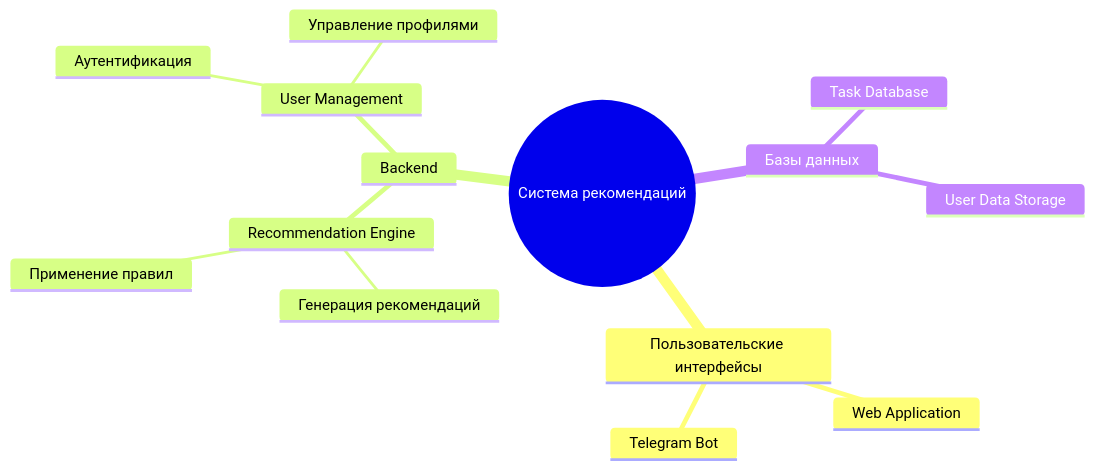
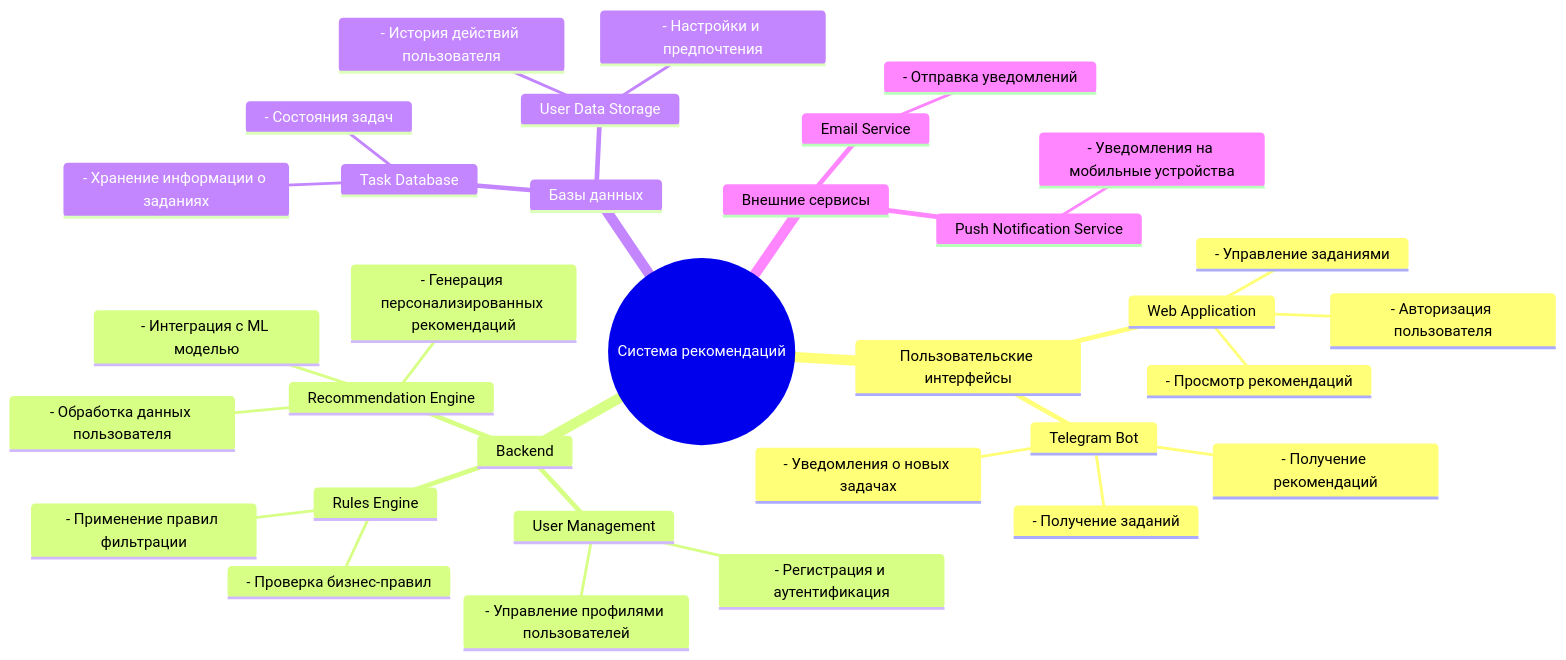
One commit to acrid122/12pkss changed the first of 4 diagrams in README.md. Above: the diagram before and after it, drawn with Mermaid.

````diff
--- a/README.md
+++ b/README.md
@@ -3,17 +3,36 @@
 ```mermaid
 mindmap
   root((Система рекомендаций))
     Пользовательские интерфейсы
       Web Application
+        - Авторизация пользователя
+        - Просмотр рекомендаций
+        - Управление заданиями
       Telegram Bot
+        - Получение заданий
+        - Получение рекомендаций
+        - Уведомления о новых задачах
     Backend
       Recommendation Engine
-        Генерация рекомендаций
-        Применение правил
+        - Генерация персонализированных рекомендаций
+        - Обработка данных пользователя
+        - Интеграция с ML моделью
+      Rules Engine
+        - Проверка бизнес-правил
+        - Применение правил фильтрации
       User Management
-        Аутентификация
-        Управление профилями
+        - Регистрация и аутентификация
+        - Управление профилями пользователей
     Базы данных
       Task Database
+        - Хранение информации о заданиях
+        - Состояния задач
       User Data Storage
+        - История действий пользователя
+        - Настройки и предпочтения
+    Внешние сервисы
+      Email Service
+        - Отправка уведомлений
+      Push Notification Service
+        - Уведомления на мобильные устройства
 ```
````
